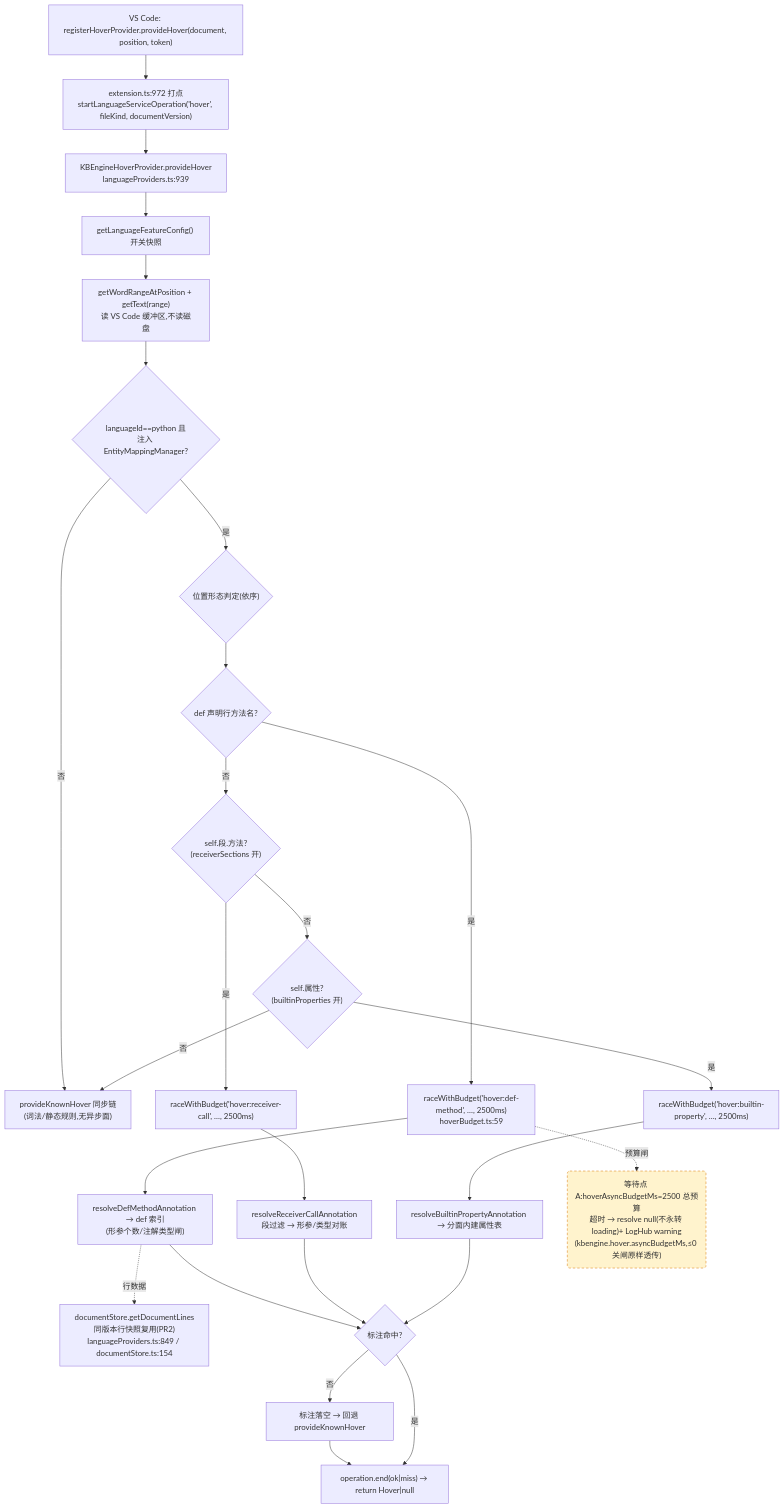
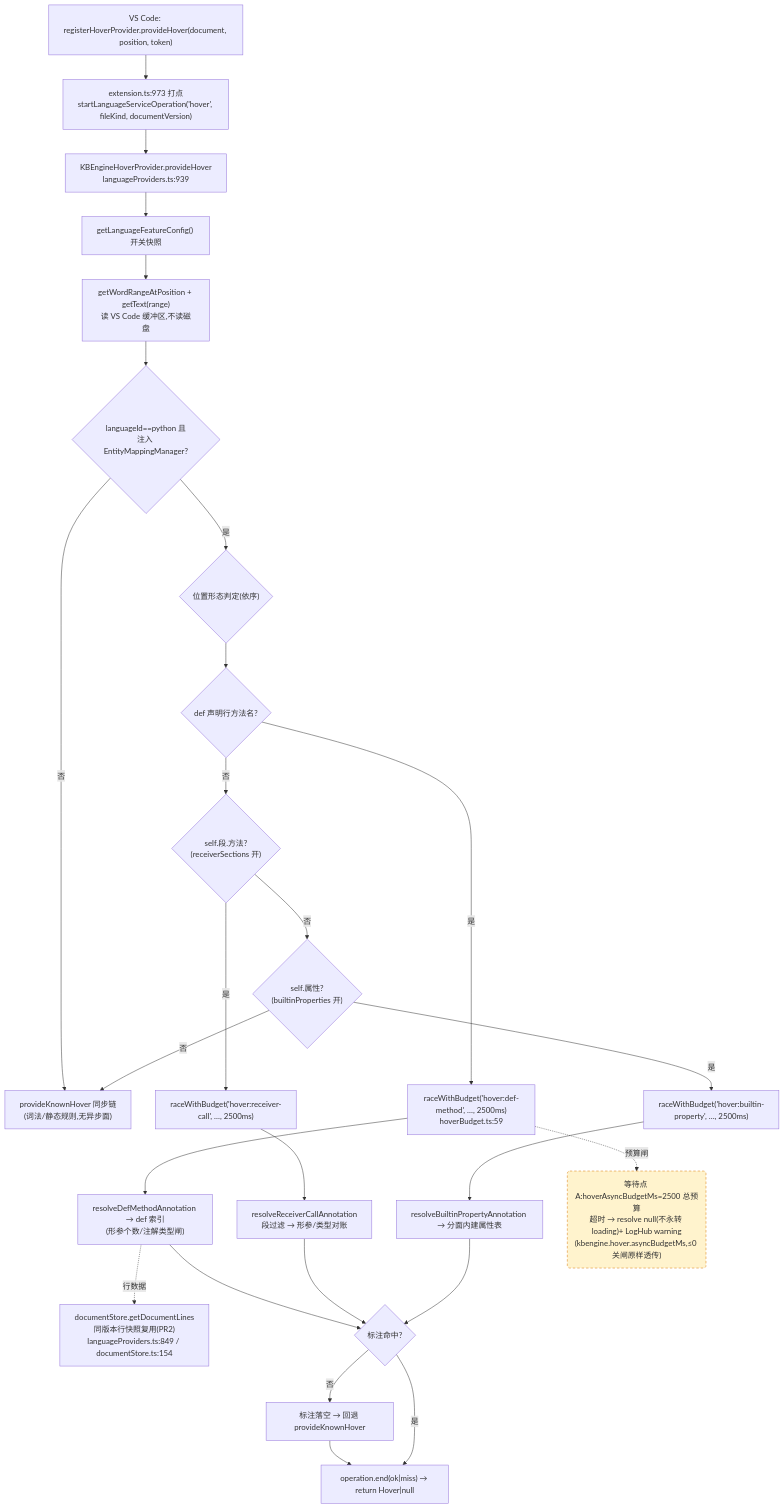
One commit to cuihairu/kode changed the first of 4 diagrams in docs/perf/2026-baseline.md. Above: the diagram before and after it, drawn with Mermaid. The commit also changed other lines of this file and 10 other files, not shown here.

````diff
--- a/docs/perf/2026-baseline.md
+++ b/docs/perf/2026-baseline.md
@@ -82,45 +82,45 @@
 ```mermaid
 flowchart TD
   VC1["VS Code: registerHoverProvider.provideHover(document, position, token)"]
-  M1["extension.ts:972 打点<br/>startLanguageServiceOperation('hover', fileKind, documentVersion)"]
+  M1["extension.ts:973 打点<br/>startLanguageServiceOperation('hover', fileKind, documentVersion)"]
   HP["KBEngineHoverProvider.provideHover<br/>languageProviders.ts:939"]
   CFG["getLanguageFeatureConfig() 开关快照"]
   WORD["getWordRangeAtPosition + getText(range)<br/>读 VS Code 缓冲区,不读磁盘"]
   BR{"languageId==python 且<br/>注入 EntityMappingManager?"}
   KN["provideKnownHover 同步链<br/>(词法/静态规则,无异步面)"]
   POS{"位置形态判定(依序)"}
   D1{"def 声明行方法名?"}
   D2{"self.段.方法?<br/>(receiverSections 开)"}
   D3{"self.属性?<br/>(builtinProperties 开)"}
   RA1["raceWithBudget('hover:def-method', …, 2500ms)<br/>hoverBudget.ts:59"]
   RA2["raceWithBudget('hover:receiver-call', …, 2500ms)"]
   RA3["raceWithBudget('hover:builtin-property', …, 2500ms)"]
   RS1["resolveDefMethodAnnotation → def 索引<br/>(形参个数/注解类型闸)"]
   RS2["resolveReceiverCallAnnotation<br/>段过滤 → 形参/类型对账"]
   RS3["resolveBuiltinPropertyAnnotation → 分面内建属性表"]
   LINES["documentStore.getDocumentLines<br/>同版本行快照复用(PR2)<br/>languageProviders.ts:849 / documentStore.ts:154"]
   MISS["标注落空 → 回退 provideKnownHover"]
   END1["operation.end(ok|miss) → return Hover|null"]
 
   VC1 --> M1 --> HP --> CFG --> WORD --> BR
   BR -- "否" --> KN
   BR -- "是" --> POS --> D1
   D1 -- "是" --> RA1 --> RS1
   D1 -- "否" --> D2
   D2 -- "是" --> RA2 --> RS2
   D2 -- "否" --> D3
   D3 -- "是" --> RA3 --> RS3
   D3 -- "否" --> KN
   RS1 --> HIT{"标注命中?"}
   RS2 --> HIT
   RS3 --> HIT
   RS1 -.->|行数据| LINES
   HIT -- "否" --> MISS --> END1
   HIT -- "是" --> END1
 
   WAITA("等待点 A:hoverAsyncBudgetMs=2500 总预算<br/>超时 → resolve null(不永转 loading)+ LogHub warning<br/>(kbengine.hover.asyncBudgetMs,≤0 关闸原样透传)")
   RA1 -.->|预算闸| WAITA
 
   classDef waitPoint fill:#fff3cd,stroke:#d97706,stroke-dasharray:5 4;
   class WAITA waitPoint;
 ```
````
